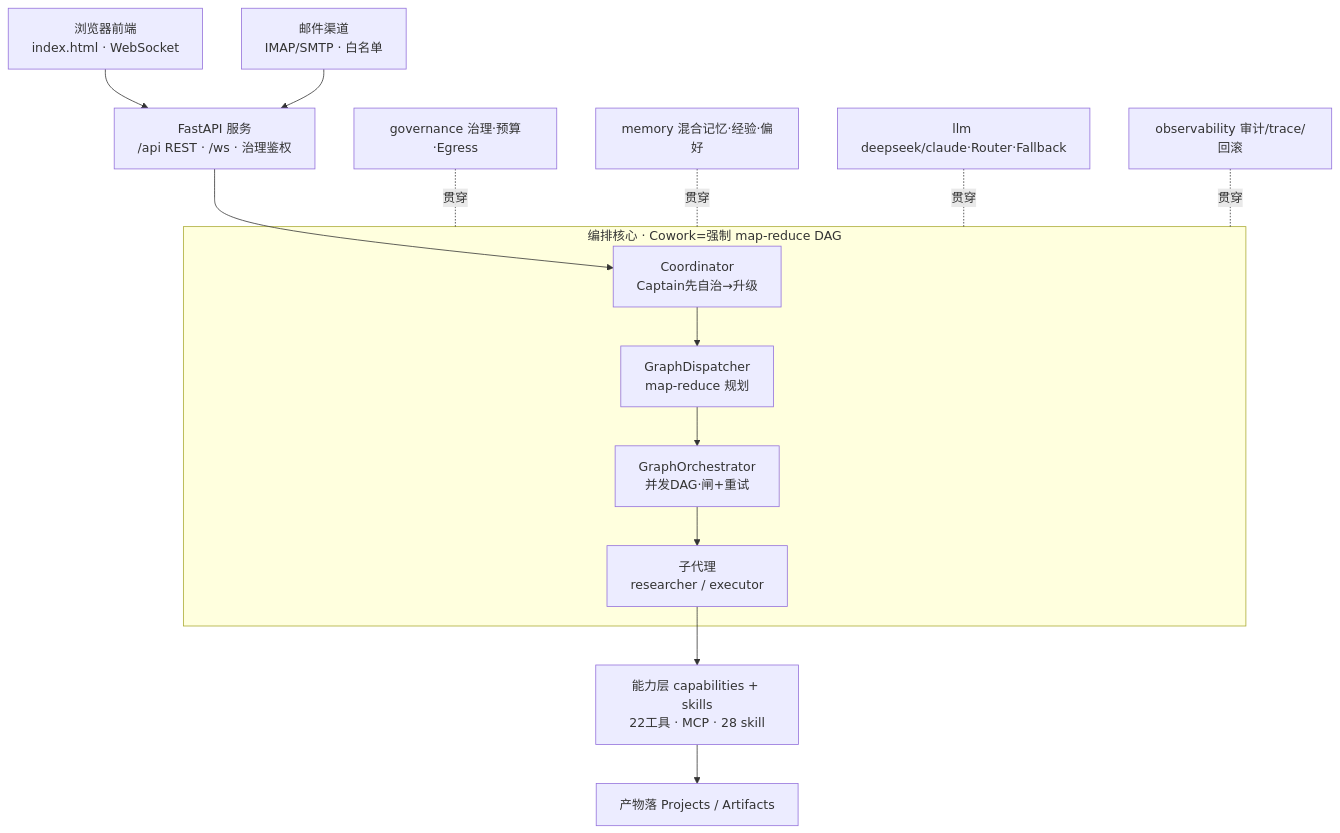
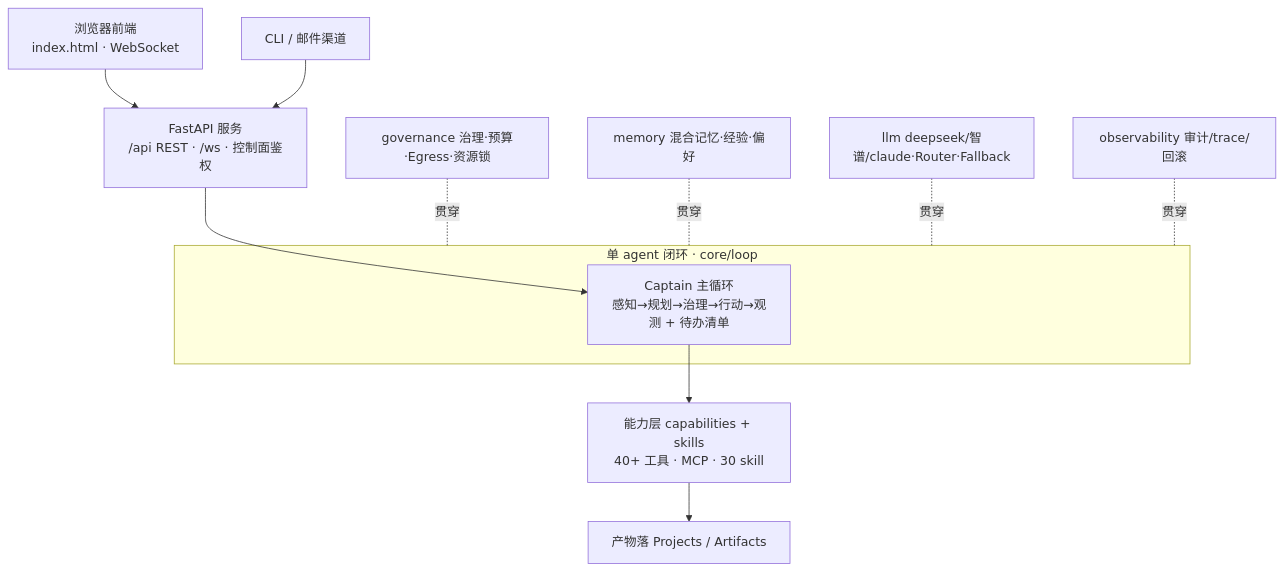
One commit to john-lcj/my-agent changed the diagram in ARCHITECTURE.md. Above: the diagram before and after it, drawn with Mermaid. The commit also changed other lines of this file, not shown here.

First line of the commit message:
docs: 翻修 ARCHITECTURE.md 为单 agent 架构

````diff
--- a/ARCHITECTURE.md
+++ b/ARCHITECTURE.md
@@ -62,17 +61,15 @@
 ```mermaid
 flowchart TD
     FE["浏览器前端<br/>index.html · WebSocket"] --> SV
-    ML["邮件渠道<br/>IMAP/SMTP · 白名单"] --> SV
-    SV["FastAPI 服务<br/>/api REST · /ws · 治理鉴权"] --> CO
-    subgraph CORE["编排核心 · Cowork=强制 map-reduce DAG"]
-        CO["Coordinator<br/>Captain先自治→升级"] --> GD["GraphDispatcher<br/>map-reduce 规划"]
-        GD --> GO["GraphOrchestrator<br/>并发DAG·闸+重试"]
-        GO --> SUB["子代理<br/>researcher / executor"]
+    CLI["CLI / 邮件渠道"] --> SV
+    SV["FastAPI 服务<br/>/api REST · /ws · 控制面鉴权"] --> LOOP
+    subgraph CORE["单 agent 闭环 · core/loop"]
+        LOOP["Captain 主循环<br/>感知→规划→治理→行动→观测 + 待办清单"]
     end
-    SUB --> CAP["能力层 capabilities + skills<br/>22工具 · MCP · 28 skill"]
+    LOOP --> CAP["能力层 capabilities + skills<br/>40+ 工具 · MCP · 30 skill"]
     CAP --> OUT["产物落 Projects / Artifacts"]
-    GOV["governance 治理·预算·Egress"] -.贯穿.- CORE
+    GOV["governance 治理·预算·Egress·资源锁"] -.贯穿.- CORE
     MEM["memory 混合记忆·经验·偏好"] -.贯穿.- CORE
-    LLM["llm deepseek/claude·Router·Fallback"] -.贯穿.- CORE
+    LLM["llm deepseek/智谱/claude·Router·Fallback"] -.贯穿.- CORE
     OBS["observability 审计/trace/回滚"] -.贯穿.- CORE
 ```
````
